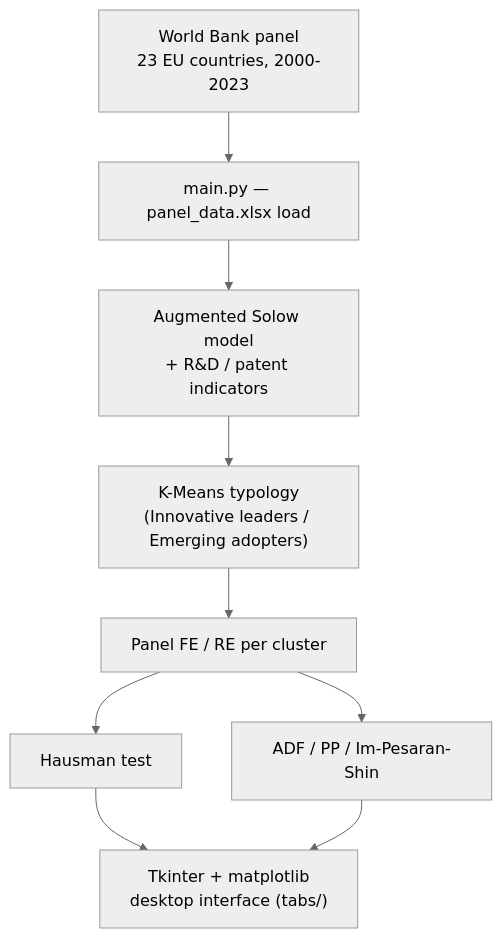
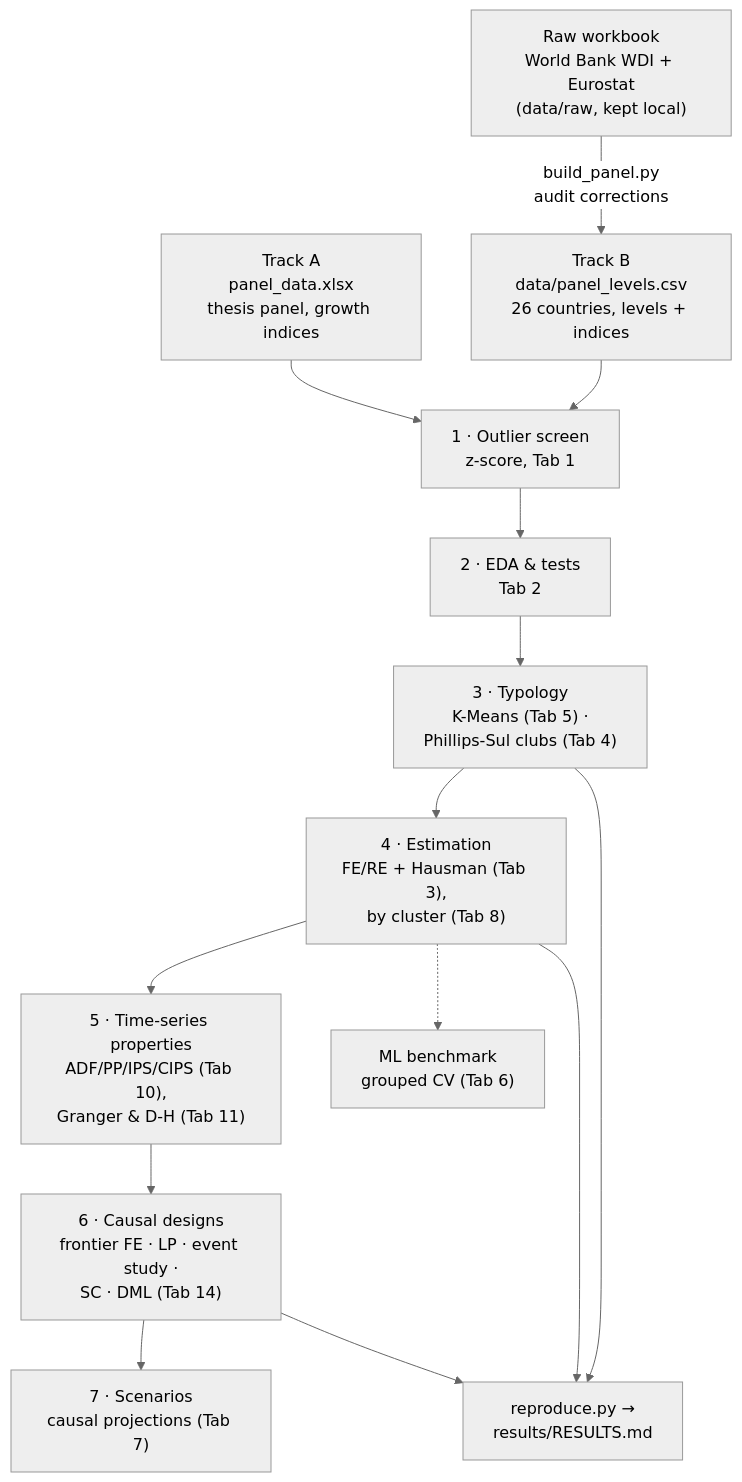
One commit to andrm101/thesis-interface-build changed the diagram in README.md. Above: the diagram before and after it, drawn with Mermaid (neutral theme). The commit also changed other lines of this file and 3 other files, not shown here.

````diff
--- a/README.md
+++ b/README.md
@@ -46,11 +62,17 @@
 ```mermaid
 flowchart TD
-    WB["World Bank panel<br/>23 EU countries, 2000-2023"] --> Load["main.py — panel_data.xlsx load"]
-    Load --> Solow["Augmented Solow model<br/>+ R&D / patent indicators"]
-    Solow --> KMeans["K-Means typology<br/>(Innovative leaders / Emerging adopters)"]
-    KMeans --> FERE["Panel FE / RE per cluster"]
-    FERE --> Hausman["Hausman test"]
-    FERE --> UnitRoot["ADF / PP / Im-Pesaran-Shin"]
-    Hausman --> UI["Tkinter + matplotlib<br/>desktop interface (tabs/)"]
-    UnitRoot --> UI
+    RAW["Raw workbook<br/>World Bank WDI + Eurostat<br/>(data/raw, kept local)"] -->|build_panel.py<br/>audit corrections| B["Track B<br/>data/panel_levels.csv<br/>26 countries, levels + indices"]
+    A["Track A<br/>panel_data.xlsx<br/>thesis panel, growth indices"]
+    A --> S["1 · Outlier screen<br/>z-score, Tab 1"]
+    B --> S
+    S --> E["2 · EDA & tests<br/>Tab 2"]
+    E --> T["3 · Typology<br/>K-Means (Tab 5) ·<br/>Phillips-Sul clubs (Tab 4)"]
+    T --> M["4 · Estimation<br/>FE/RE + Hausman (Tab 3),<br/>by cluster (Tab 8)"]
+    M --> U["5 · Time-series properties<br/>ADF/PP/IPS/CIPS (Tab 10),<br/>Granger & D-H (Tab 11)"]
+    U --> C["6 · Causal designs<br/>frontier FE · LP · event study ·<br/>SC · DML (Tab 14)"]
+    C --> P["7 · Scenarios<br/>causal projections (Tab 7)"]
+    M -.-> ML["ML benchmark<br/>grouped CV (Tab 6)"]
+    C --> R["reproduce.py →<br/>results/RESULTS.md"]
+    M --> R
+    T --> R
 ```
````
